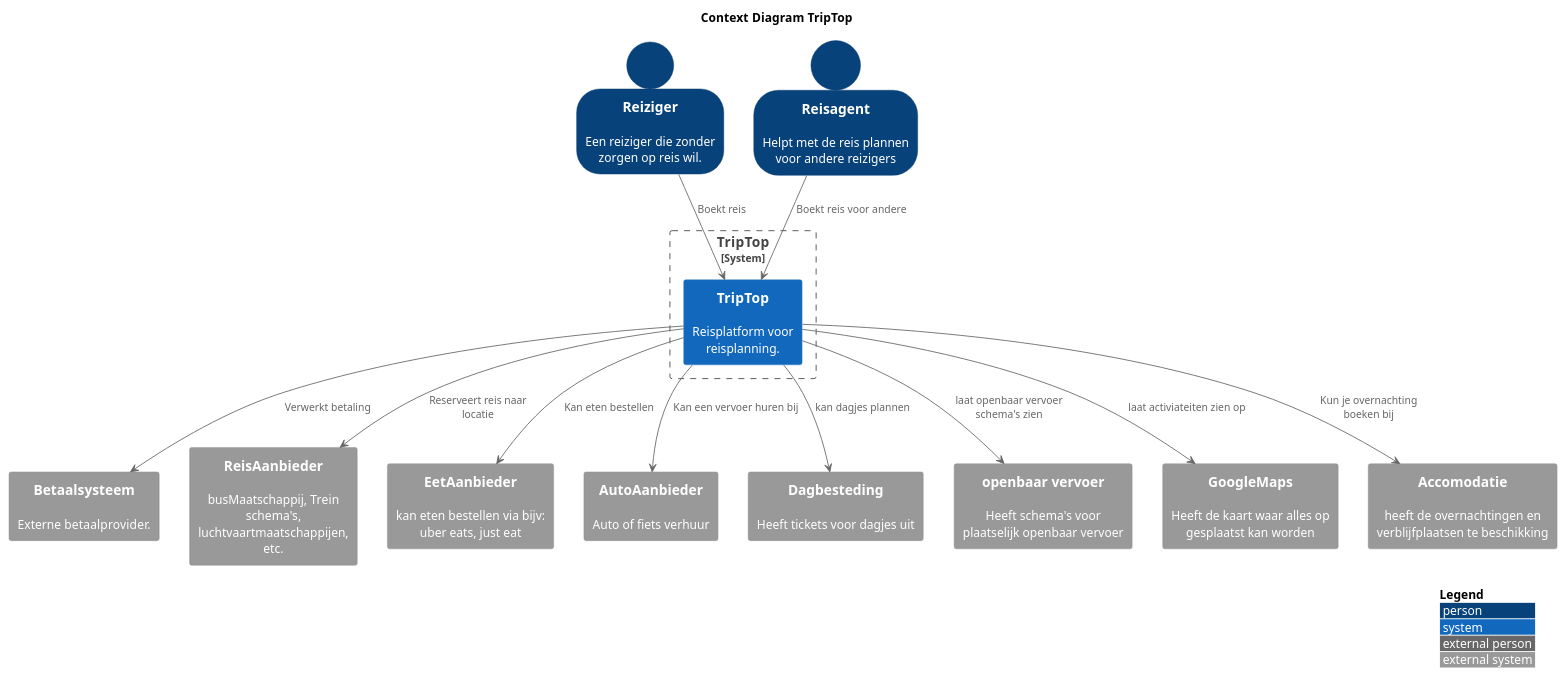
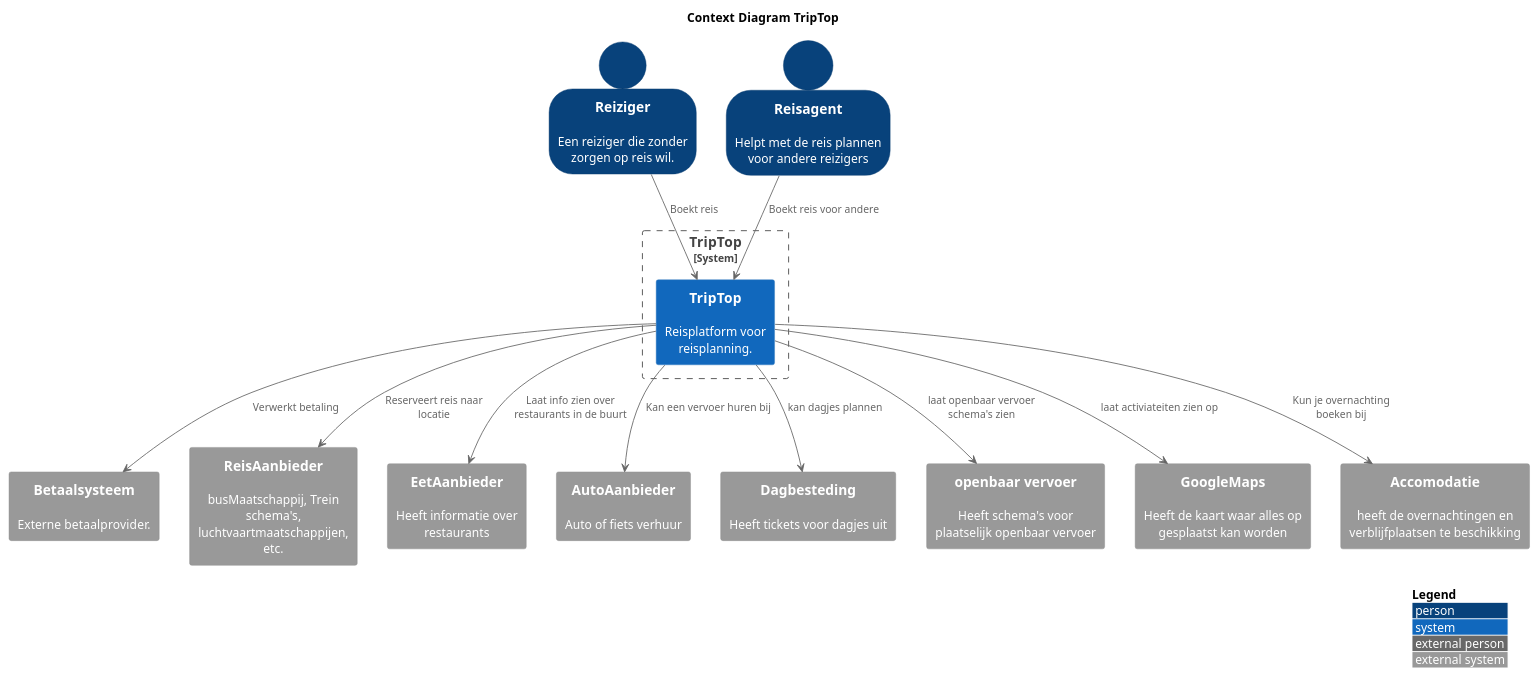
The diagram in opdracht-diagrammen/ContextDiagram.puml (AIM-ENE-feb25/triptop-jrn), drawn with PlantUML before and after one commit. The commit also changed 1 other file, not shown here.

```diff
--- a/opdracht-diagrammen/ContextDiagram.puml
+++ b/opdracht-diagrammen/ContextDiagram.puml
@@ -1,38 +1,38 @@
 @startuml
 !include https://raw.githubusercontent.com/plantuml-stdlib/C4-PlantUML/master/C4_Context.puml
 
 
 title Context Diagram TripTop
 
 LAYOUT_WITH_LEGEND()
 
 SHOW_PERSON_OUTLINE()
 Person(Reiziger, "Reiziger", "Een reiziger die zonder zorgen op reis wil.")
 Person(Reisagent, "Reisagent", "Helpt met de reis plannen voor andere reizigers")
 
 System_Boundary(triptop_core, "TripTop") {
     System(triptop, "TripTop", "Reisplatform voor reisplanning.")
 }
 
 System_Ext(betaalsysteem, "Betaalsysteem", "Externe betaalprovider.")
 System_Ext(reisAanbieder, "ReisAanbieder", "busMaatschappij, Trein schema's, luchtvaartmaatschappijen, etc.")
-System_Ext(etenAanbieder, "EetAanbieder", "kan eten bestellen via bijv: uber eats, just eat")
+System_Ext(etenAanbieder, "EetAanbieder", "Heeft informatie over restaurants")
 System_Ext(AutoAanbieder, "AutoAanbieder", "Auto of fiets verhuur")
 System_Ext(Dagbesteding, "Dagbesteding", "Heeft tickets voor dagjes uit")
 System_Ext(ov, "openbaar vervoer", "Heeft schema's voor plaatselijk openbaar vervoer")
 System_Ext(GoogleMaps, "GoogleMaps", Heeft de kaart waar alles op gesplaatst kan worden)
 System_Ext(Acomodatie, "Accomodatie", heeft de overnachtingen en verblijfplaatsen te beschikking)
 
 Reiziger --> triptop : Boekt reis
 Reisagent --> triptop : Boekt reis voor andere
 
 
 triptop --> betaalsysteem : Verwerkt betaling
 triptop --> reisAanbieder : Reserveert reis naar locatie
-triptop --> etenAanbieder : Kan eten bestellen
+triptop --> etenAanbieder : Laat info zien over restaurants in de buurt
 triptop --> AutoAanbieder : Kan een vervoer huren bij
 triptop --> Dagbesteding : kan dagjes plannen
 triptop --> GoogleMaps : laat activiateiten zien op
 triptop --> Acomodatie : Kun je overnachting boeken bij
 triptop --> ov : laat openbaar vervoer schema's zien
 @enduml
```
